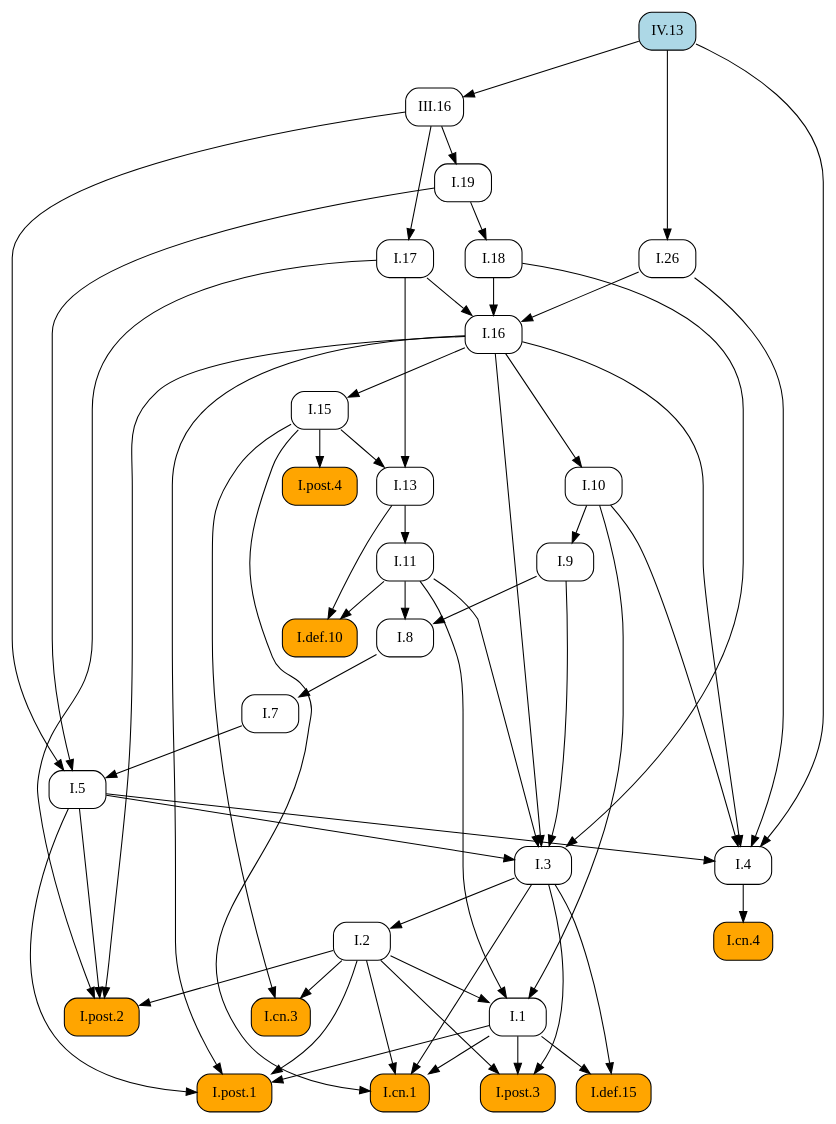
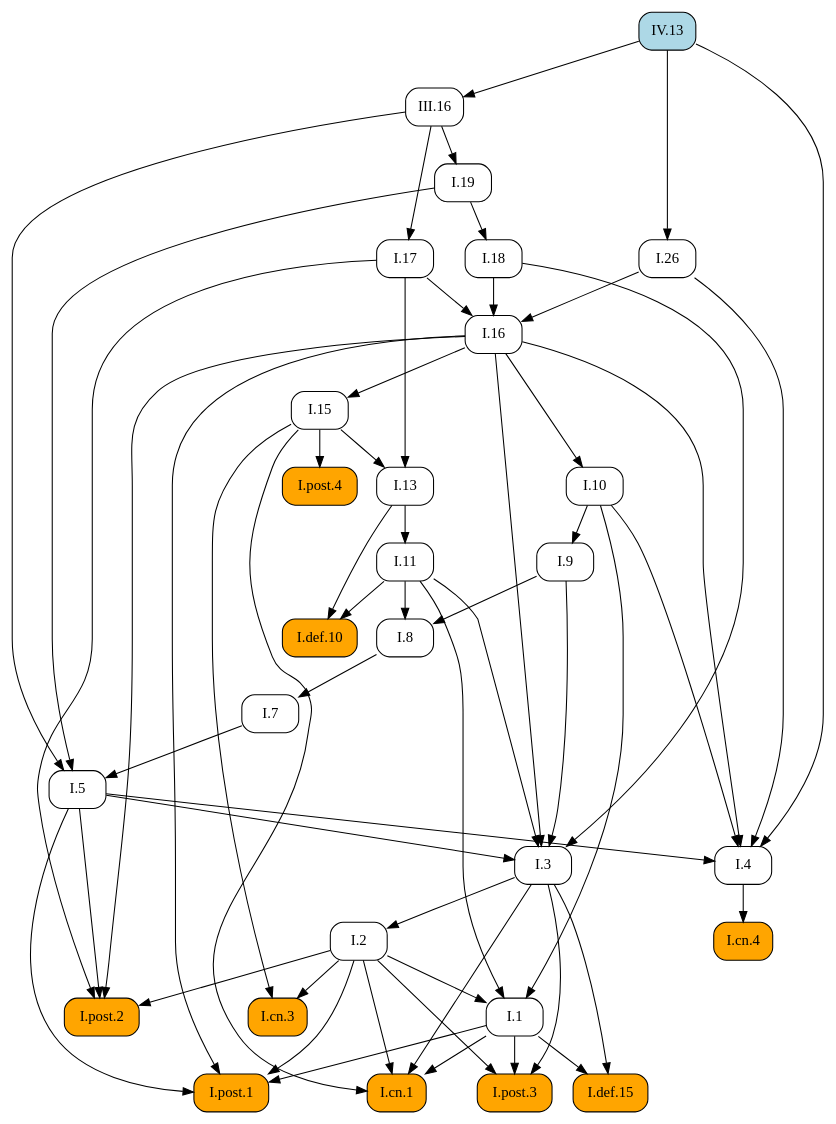
Before and after one commit to geometor/elements: the diagram in docsrc/heath/IV/13/index.rst, drawn with Graphviz. The commit also changed other lines of this file and 1029 other files, not shown here.

```diff
--- a/docsrc/heath/IV/13/index.rst
+++ b/docsrc/heath/IV/13/index.rst
@@ -77,89 +77,89 @@
    digraph {
      rankdir="TB";
      node [shape=box, style=rounded];
+     "I.def.10" [style="rounded,filled", fillcolor=orange, URL="/heath/I/def.10/", target="_top"];
+     "I.11" [URL="/heath/I/11/", target="_top"];
+     "I.post.4" [style="rounded,filled", fillcolor=orange, URL="/heath/I/post.4/", target="_top"];
+     "I.1" [URL="/heath/I/1/", target="_top"];
+     "III.16" [URL="/heath/III/16/", target="_top"];
+     "I.26" [URL="/heath/I/26/", target="_top"];
+     "I.7" [URL="/heath/I/7/", target="_top"];
+     "I.3" [URL="/heath/I/3/", target="_top"];
+     "IV.13" [style="rounded,filled", fillcolor=lightblue, URL="/heath/IV/13/", target="_top"];
+     "I.2" [URL="/heath/I/2/", target="_top"];
+     "I.4" [URL="/heath/I/4/", target="_top"];
      "I.13" [URL="/heath/I/13/", target="_top"];
+     "I.17" [URL="/heath/I/17/", target="_top"];
+     "I.post.2" [style="rounded,filled", fillcolor=orange, URL="/heath/I/post.2/", target="_top"];
+     "I.18" [URL="/heath/I/18/", target="_top"];
+     "I.16" [URL="/heath/I/16/", target="_top"];
+     "I.def.15" [style="rounded,filled", fillcolor=orange, URL="/heath/I/def.15/", target="_top"];
+     "I.19" [URL="/heath/I/19/", target="_top"];
+     "I.post.3" [style="rounded,filled", fillcolor=orange, URL="/heath/I/post.3/", target="_top"];
+     "I.9" [URL="/heath/I/9/", target="_top"];
+     "I.cn.1" [style="rounded,filled", fillcolor=orange, URL="/heath/I/cn.1/", target="_top"];
      "I.cn.3" [style="rounded,filled", fillcolor=orange, URL="/heath/I/cn.3/", target="_top"];
-     "IV.13" [style="rounded,filled", fillcolor=lightblue, URL="/heath/IV/13/", target="_top"];
-     "III.16" [URL="/heath/III/16/", target="_top"];
+     "I.8" [URL="/heath/I/8/", target="_top"];
+     "I.cn.4" [style="rounded,filled", fillcolor=orange, URL="/heath/I/cn.4/", target="_top"];
+     "I.15" [URL="/heath/I/15/", target="_top"];
+     "I.post.1" [style="rounded,filled", fillcolor=orange, URL="/heath/I/post.1/", target="_top"];
+     "I.10" [URL="/heath/I/10/", target="_top"];
      "I.5" [URL="/heath/I/5/", target="_top"];
-     "I.11" [URL="/heath/I/11/", target="_top"];
-     "I.7" [URL="/heath/I/7/", target="_top"];
-     "I.10" [URL="/heath/I/10/", target="_top"];
-     "I.4" [URL="/heath/I/4/", target="_top"];
-     "I.3" [URL="/heath/I/3/", target="_top"];
-     "I.16" [URL="/heath/I/16/", target="_top"];
-     "I.8" [URL="/heath/I/8/", target="_top"];
-     "I.9" [URL="/heath/I/9/", target="_top"];
-     "I.def.10" [style="rounded,filled", fillcolor=orange, URL="/heath/I/def.10/", target="_top"];
-     "I.post.4" [style="rounded,filled", fillcolor=orange, URL="/heath/I/post.4/", target="_top"];
-     "I.post.2" [style="rounded,filled", fillcolor=orange, URL="/heath/I/post.2/", target="_top"];
-     "I.2" [URL="/heath/I/2/", target="_top"];
-     "I.def.15" [style="rounded,filled", fillcolor=orange, URL="/heath/I/def.15/", target="_top"];
-     "I.1" [URL="/heath/I/1/", target="_top"];
-     "I.post.3" [style="rounded,filled", fillcolor=orange, URL="/heath/I/post.3/", target="_top"];
-     "I.post.1" [style="rounded,filled", fillcolor=orange, URL="/heath/I/post.1/", target="_top"];
-     "I.cn.4" [style="rounded,filled", fillcolor=orange, URL="/heath/I/cn.4/", target="_top"];
-     "I.cn.1" [style="rounded,filled", fillcolor=orange, URL="/heath/I/cn.1/", target="_top"];
-     "I.26" [URL="/heath/I/26/", target="_top"];
-     "I.15" [URL="/heath/I/15/", target="_top"];
-     "I.17" [URL="/heath/I/17/", target="_top"];
-     "I.19" [URL="/heath/I/19/", target="_top"];
-     "I.18" [URL="/heath/I/18/", target="_top"];
-     "I.15" -> "I.13";
-     "I.17" -> "I.13";
-     "I.2" -> "I.cn.3";
-     "I.15" -> "I.cn.3";
+     "I.11" -> "I.def.10";
+     "I.13" -> "I.def.10";
+     "I.13" -> "I.11";
+     "I.15" -> "I.post.4";
+     "I.2" -> "I.1";
+     "I.10" -> "I.1";
+     "I.11" -> "I.1";
      "IV.13" -> "III.16";
-     "I.7" -> "I.5";
-     "I.19" -> "I.5";
-     "III.16" -> "I.5";
-     "I.13" -> "I.11";
+     "IV.13" -> "I.26";
      "I.8" -> "I.7";
-     "I.16" -> "I.10";
+     "I.5" -> "I.3";
+     "I.9" -> "I.3";
+     "I.11" -> "I.3";
+     "I.16" -> "I.3";
+     "I.18" -> "I.3";
+     "I.3" -> "I.2";
      "I.5" -> "I.4";
      "I.10" -> "I.4";
      "I.16" -> "I.4";
      "I.26" -> "I.4";
      "IV.13" -> "I.4";
-     "I.5" -> "I.3";
-     "I.9" -> "I.3";
-     "I.11" -> "I.3";
-     "I.16" -> "I.3";
-     "I.18" -> "I.3";
-     "I.17" -> "I.16";
-     "I.18" -> "I.16";
-     "I.26" -> "I.16";
-     "I.9" -> "I.8";
-     "I.11" -> "I.8";
-     "I.10" -> "I.9";
-     "I.11" -> "I.def.10";
-     "I.13" -> "I.def.10";
-     "I.15" -> "I.post.4";
+     "I.15" -> "I.13";
+     "I.17" -> "I.13";
+     "III.16" -> "I.17";
      "I.2" -> "I.post.2";
      "I.5" -> "I.post.2";
      "I.16" -> "I.post.2";
      "I.17" -> "I.post.2";
-     "I.3" -> "I.2";
+     "I.19" -> "I.18";
+     "I.17" -> "I.16";
+     "I.18" -> "I.16";
+     "I.26" -> "I.16";
      "I.1" -> "I.def.15";
      "I.3" -> "I.def.15";
-     "I.2" -> "I.1";
-     "I.10" -> "I.1";
-     "I.11" -> "I.1";
+     "III.16" -> "I.19";
      "I.1" -> "I.post.3";
      "I.2" -> "I.post.3";
      "I.3" -> "I.post.3";
+     "I.10" -> "I.9";
+     "I.1" -> "I.cn.1";
+     "I.2" -> "I.cn.1";
+     "I.3" -> "I.cn.1";
+     "I.15" -> "I.cn.1";
+     "I.2" -> "I.cn.3";
+     "I.15" -> "I.cn.3";
+     "I.9" -> "I.8";
+     "I.11" -> "I.8";
+     "I.4" -> "I.cn.4";
+     "I.16" -> "I.15";
      "I.1" -> "I.post.1";
      "I.2" -> "I.post.1";
      "I.5" -> "I.post.1";
      "I.16" -> "I.post.1";
-     "I.4" -> "I.cn.4";
-     "I.1" -> "I.cn.1";
-     "I.2" -> "I.cn.1";
-     "I.3" -> "I.cn.1";
-     "I.15" -> "I.cn.1";
-     "IV.13" -> "I.26";
-     "I.16" -> "I.15";
-     "III.16" -> "I.17";
-     "III.16" -> "I.19";
-     "I.19" -> "I.18";
+     "I.16" -> "I.10";
+     "I.7" -> "I.5";
+     "I.19" -> "I.5";
+     "III.16" -> "I.5";
    }
```
